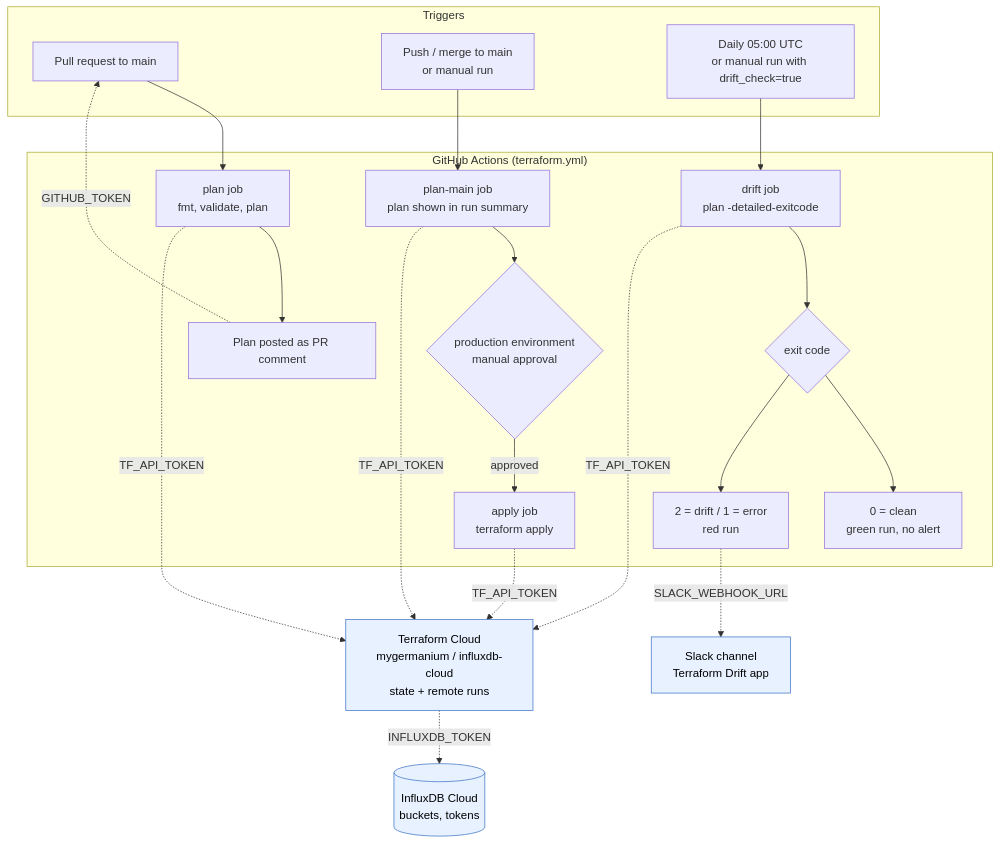
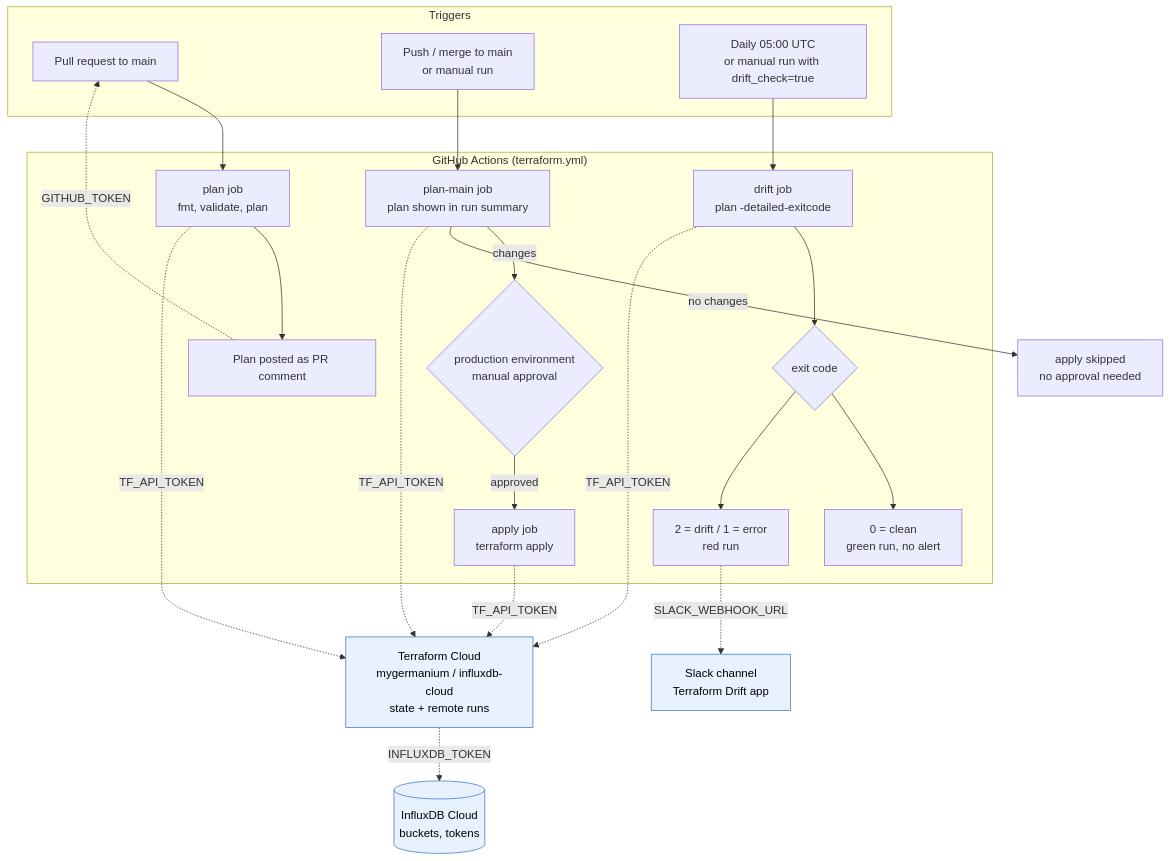
One commit to germanium-git/influxdb-cloud changed the first of 2 diagrams in docs/terraform-workflow.md. Above: the diagram before and after it, drawn with Mermaid. The commit also changed other lines of this file and 2 other files, not shown here.

First line of the commit message:
Skip apply (and its approval) when the plan on main has no changes (#4)

````diff
--- a/docs/terraform-workflow.md
+++ b/docs/terraform-workflow.md
@@ -63,42 +63,44 @@
 ```mermaid
 flowchart TD
     subgraph Triggers
         PR["Pull request to main"]
         PUSH["Push / merge to main<br/>or manual run"]
         CRON["Daily 05:00 UTC<br/>or manual run with drift_check=true"]
     end
 
     subgraph GH["GitHub Actions (terraform.yml)"]
         PLAN["plan job<br/>fmt, validate, plan"]
         COMMENT["Plan posted as PR comment"]
         PLANMAIN["plan-main job<br/>plan shown in run summary"]
         GATE{"production environment<br/>manual approval"}
         APPLY["apply job<br/>terraform apply"]
         DRIFT["drift job<br/>plan -detailed-exitcode"]
         RESULT{"exit code"}
         OK["0 = clean<br/>green run, no alert"]
         ALERT["2 = drift / 1 = error<br/>red run"]
     end
 
     TFC["Terraform Cloud<br/>mygermanium / influxdb-cloud<br/>state + remote runs"]
     INFLUX[("InfluxDB Cloud<br/>buckets, tokens")]
     SLACK["Slack channel<br/>Terraform Drift app"]
 
     PR --> PLAN --> COMMENT
-    PUSH --> PLANMAIN --> GATE -->|approved| APPLY
+    PUSH --> PLANMAIN
+    PLANMAIN -->|changes| GATE -->|approved| APPLY
+    PLANMAIN -->|no changes| SKIP["apply skipped<br/>no approval needed"]
     CRON --> DRIFT --> RESULT
     RESULT --> OK
     RESULT --> ALERT
 
     PLAN -.->|TF_API_TOKEN| TFC
     PLANMAIN -.->|TF_API_TOKEN| TFC
     APPLY -.->|TF_API_TOKEN| TFC
     DRIFT -.->|TF_API_TOKEN| TFC
     COMMENT -.->|GITHUB_TOKEN| PR
     TFC -.->|INFLUXDB_TOKEN| INFLUX
     ALERT -.->|SLACK_WEBHOOK_URL| SLACK
 
     classDef secret fill:#fff4d6,stroke:#c99a00,color:#000
     classDef ext fill:#e8f1ff,stroke:#3b73c4,color:#000
     class TFC,INFLUX,SLACK ext
 ```
````
